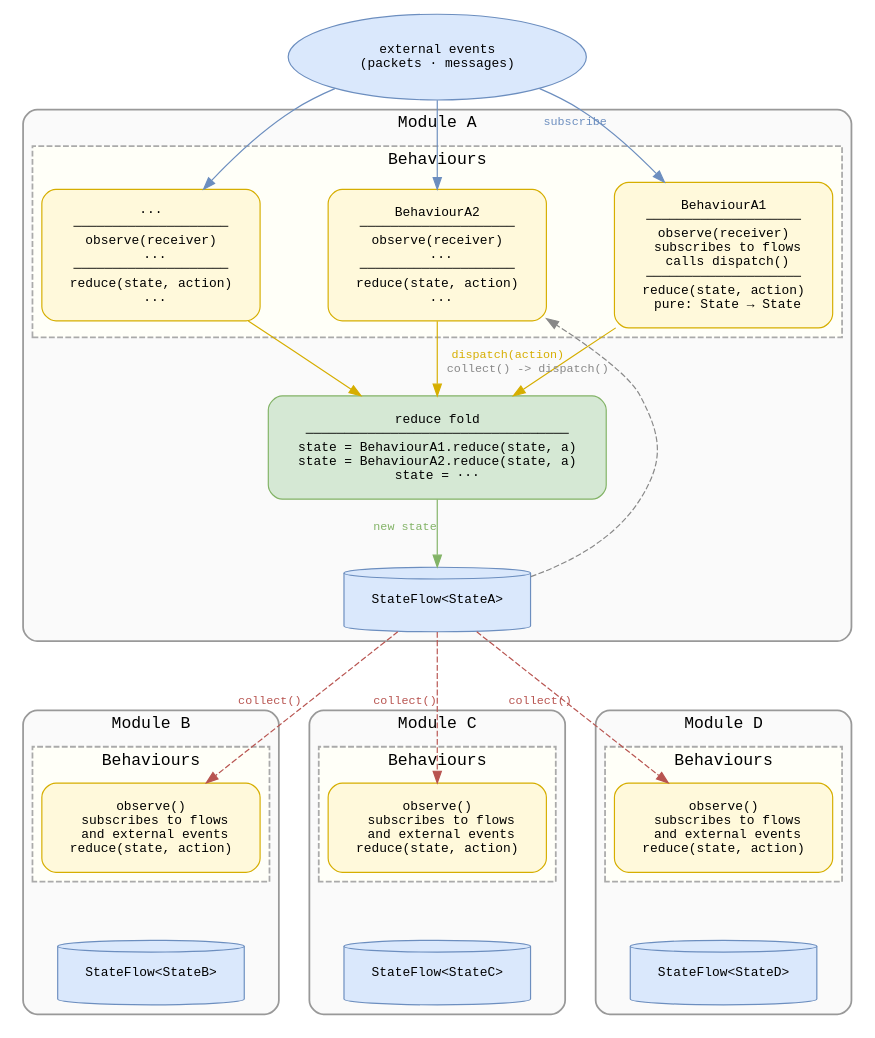
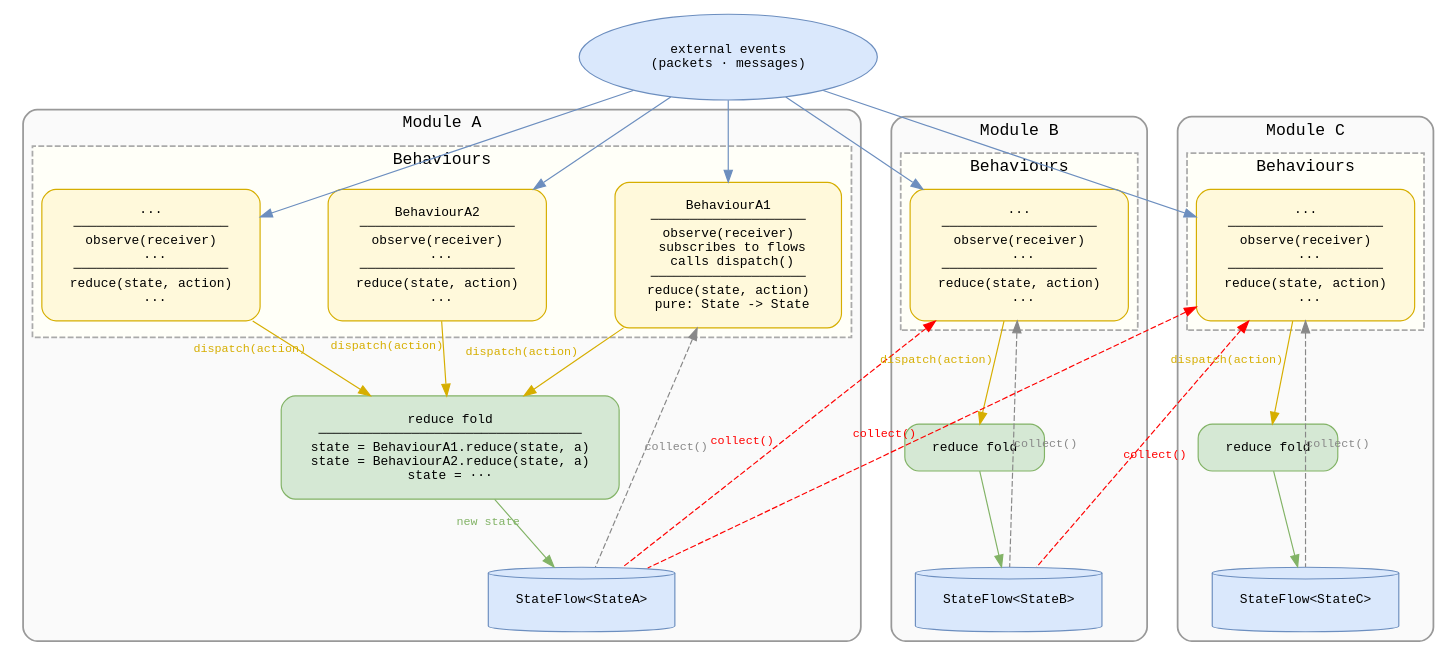
Before and after one commit to SlimeVR/SlimeVR-Server: the diagram in server/architecture.dot, drawn with Graphviz. The commit also changed 3 other files, not shown here.

```diff
--- a/server/architecture.dot
+++ b/server/architecture.dot
@@ -1,99 +1,123 @@
 digraph module_architecture {
     rankdir=TB
+    splines=false
     nodesep=0.8
     ranksep=0.8
     forcelabels=true
     fontname="monospace"
     node [fontname="monospace", fontsize=11, style="filled,rounded", shape=box, margin="0.3,0.2"]
     edge [fontname="monospace", fontsize=10]
 
     ext [
         label="external events\n(packets · messages)"
         shape=ellipse fillcolor="#dae8fc" color="#6c8ebf"
     ]
 
     subgraph cluster_A {
         label="Module A"
         style="rounded" bgcolor="#fafafa" color="#999999" penwidth=1.5
 
         subgraph cluster_A_beh {
             label="Behaviours"
             style="dashed" color="#aaaaaa" bgcolor="#fffff8"
 
-            bA1 [label="BehaviourA1\n────────────────────\nobserve(receiver)\n  subscribes to flows\n  calls dispatch()\n────────────────────\nreduce(state, action)\n  pure: State → State"
+            bA1 [label="BehaviourA1\n────────────────────\nobserve(receiver)\n  subscribes to flows\n  calls dispatch()\n────────────────────\nreduce(state, action)\n  pure: State -> State"
                 fillcolor="#fff9db" color="#d6ae00"]
 
             bA2 [label="BehaviourA2\n────────────────────\nobserve(receiver)\n  ...\n────────────────────\nreduce(state, action)\n  ..."
                 fillcolor="#fff9db" color="#d6ae00"]
 
             bAmore [label="···\n────────────────────\nobserve(receiver)\n  ...\n────────────────────\nreduce(state, action)\n  ..."
                 fillcolor="#fff9db" color="#d6ae00"]
         }
 
         foldA [
             label="reduce fold\n──────────────────────────────────\nstate = BehaviourA1.reduce(state, a)\nstate = BehaviourA2.reduce(state, a)\nstate = ···"
             fillcolor="#d5e8d4" color="#82b366"
         ]
 
         sfA [
             label="StateFlow<StateA>"
             shape=cylinder fillcolor="#dae8fc" color="#6c8ebf"
         ]
+
     }
 
     subgraph cluster_B {
         label="Module B"
         style="rounded" bgcolor="#fafafa" color="#999999" penwidth=1.5
+
         subgraph cluster_B_beh {
-            label="Behaviours" style="dashed" color="#aaaaaa" bgcolor="#fffff8"
-            bB [label="observe()\n  subscribes to flows\n  and external events\nreduce(state, action)" fillcolor="#fff9db" color="#d6ae00"]
+            label="Behaviours"
+            style="dashed" color="#aaaaaa" bgcolor="#fffff8"
+
+            bBmore [label="···\n────────────────────\nobserve(receiver)\n  ...\n────────────────────\nreduce(state, action)\n  ..."
+                fillcolor="#fff9db" color="#d6ae00"]
         }
-        sfB [label="StateFlow<StateB>" shape=cylinder fillcolor="#dae8fc" color="#6c8ebf"]
-        bB -> sfB [style=invis]
+
+        foldB [
+            label="reduce fold"
+            fillcolor="#d5e8d4" color="#82b366"
+        ]
+
+        sfB [
+            label="StateFlow<StateB>"
+            shape=cylinder fillcolor="#dae8fc" color="#6c8ebf"
+        ]
     }
 
     subgraph cluster_C {
         label="Module C"
         style="rounded" bgcolor="#fafafa" color="#999999" penwidth=1.5
+
         subgraph cluster_C_beh {
-            label="Behaviours" style="dashed" color="#aaaaaa" bgcolor="#fffff8"
-            bC [label="observe()\n  subscribes to flows\n  and external events\nreduce(state, action)" fillcolor="#fff9db" color="#d6ae00"]
+            label="Behaviours"
+            style="dashed" color="#aaaaaa" bgcolor="#fffff8"
+
+            bCmore [label="···\n────────────────────\nobserve(receiver)\n  ...\n────────────────────\nreduce(state, action)\n  ..."
+                fillcolor="#fff9db" color="#d6ae00"]
         }
-        sfC [label="StateFlow<StateC>" shape=cylinder fillcolor="#dae8fc" color="#6c8ebf"]
-        bC -> sfC [style=invis]
+
+        foldC [
+            label="reduce fold"
+            fillcolor="#d5e8d4" color="#82b366"
+        ]
+
+        sfC [
+            label="StateFlow<StateC>"
+            shape=cylinder fillcolor="#dae8fc" color="#6c8ebf"
+        ]
+
     }
 
-    subgraph cluster_D {
-        label="Module D"
-        style="rounded" bgcolor="#fafafa" color="#999999" penwidth=1.5
-        subgraph cluster_D_beh {
-            label="Behaviours" style="dashed" color="#aaaaaa" bgcolor="#fffff8"
-            bD [label="observe()\n  subscribes to flows\n  and external events\nreduce(state, action)" fillcolor="#fff9db" color="#d6ae00"]
-        }
-        sfD [label="StateFlow<StateD>" shape=cylinder fillcolor="#dae8fc" color="#6c8ebf"]
-        bD -> sfD [style=invis]
-    }
+    // ext -> all modules
+    ext -> bA1    [color="#6c8ebf" fontcolor="#6c8ebf" weight=1]
+    ext -> bA2    [color="#6c8ebf" weight=1]
+    ext -> bAmore [color="#6c8ebf" weight=1]
+    ext -> bBmore [color="#6c8ebf" weight=1]
+    ext -> bCmore [color="#6c8ebf" weight=1]
 
     // Module A internal flow
-    ext    -> bA1    [xlabel="subscribe" color="#6c8ebf" fontcolor="#6c8ebf" weight=1]
-    ext    -> bA2    [color="#6c8ebf" weight=5]
-    ext    -> bAmore [color="#6c8ebf" weight=1]
-
     bA1    -> foldA  [xlabel="dispatch(action)" color="#d6ae00" fontcolor="#d6ae00"]
-    bA2    -> foldA  [color="#d6ae00"]
-    bAmore -> foldA  [color="#d6ae00"]
-
+    bA2    -> foldA  [xlabel="dispatch(action)" color="#d6ae00" fontcolor="#d6ae00"]
+    bAmore -> foldA  [xlabel="dispatch(action)" color="#d6ae00" fontcolor="#d6ae00"]
     foldA  -> sfA    [xlabel="new state" color="#82b366" fontcolor="#82b366"]
 
-    // Within-module reaction -- routes through interior via centre behaviour
-    sfA -> bA2 [
-        xlabel="collect() -> dispatch()"
-        style=dashed color="#888888" fontcolor="#888888"
-        constraint=false
-    ]
+    // Module B internal flow
+    bBmore -> foldB  [xlabel="dispatch(action)" color="#d6ae00" fontcolor="#d6ae00"]
+    foldB  -> sfB    [color="#82b366"]
 
-    // Cross-module fan-out
-    sfA -> bB [xlabel="collect()" style=dashed color="#b85450" fontcolor="#b85450" minlen=2 weight=1]
-    sfA -> bC [xlabel="collect()" style=dashed color="#b85450" fontcolor="#b85450" minlen=2 weight=5]
-    sfA -> bD [xlabel="collect()" style=dashed color="#b85450" fontcolor="#b85450" minlen=2 weight=1]
+    // Module C internal flow
+    bCmore -> foldC  [xlabel="dispatch(action)" color="#d6ae00" fontcolor="#d6ae00"]
+    foldC  -> sfC    [color="#82b366"]
+    // Within-module feedback (gray)
+    bA1 -> sfA       [xlabel="collect()" dir=back style=dashed color="#888888" fontcolor="#888888" constraint=true]
+    bBmore -> sfB    [xlabel="collect()" dir=back style=dashed color="#888888" fontcolor="#888888" constraint=true]
+    bCmore -> sfC    [xlabel="collect()" dir=back style=dashed color="#888888" fontcolor="#888888" constraint=true]
+
+
+    // Cross-module: routed via waypoints at rank 4 — exits downward, travels below all modules
+    bBmore -> sfA [xlabel="collect()" dir=back style=dashed color="#FF0000" fontcolor="#FF0000" constraint=false]
+    bCmore -> sfA [xlabel="collect()" dir=back style=dashed color="#FF0000" fontcolor="#FF0000" constraint=false]
+    bCmore -> sfB [xlabel="collect()" dir=back style=dashed color="#FF0000" fontcolor="#FF0000" constraint=false]
 }
```
